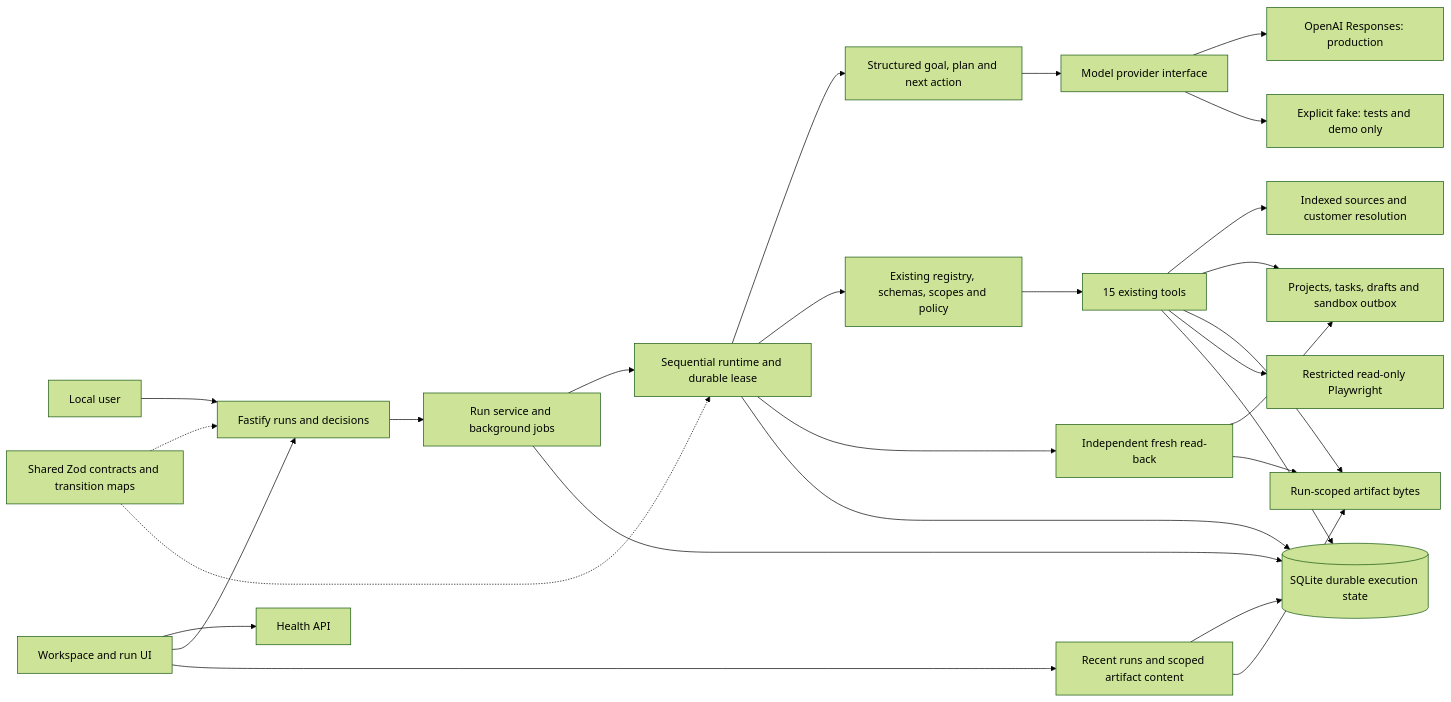
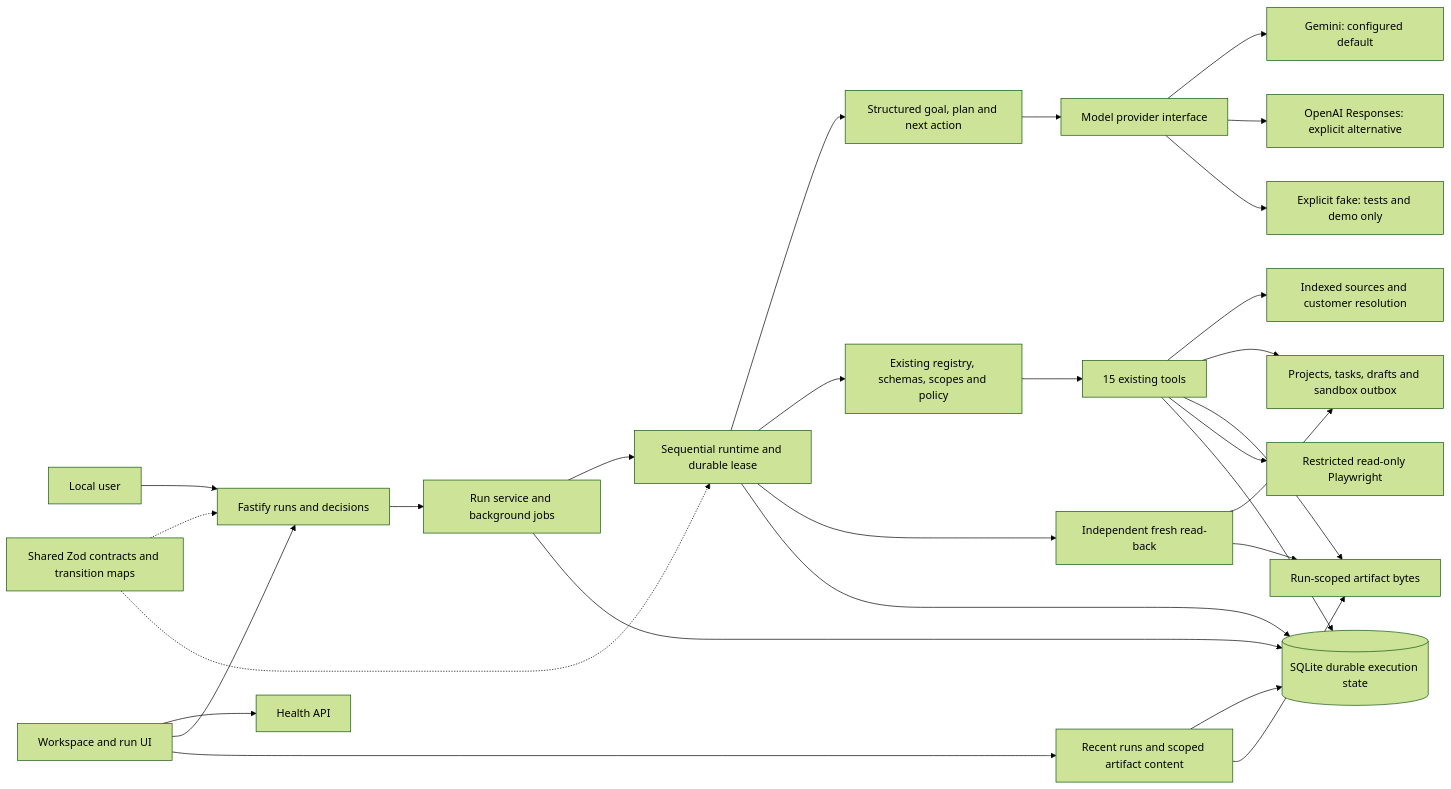
The diagram in docs/architecture.md (ad8ya089/centralign-operator), drawn with Mermaid (forest theme) before and after one commit. The commit also changed other lines of this file and 4 other files, not shown here.

````diff
--- a/docs/architecture.md
+++ b/docs/architecture.md
@@ -5,29 +5,30 @@
 ```mermaid
 flowchart LR
   User[Local user] --> API[Fastify runs and decisions]
   Web[Workspace and run UI] --> Health[Health API]
   Web --> API
   Web --> Reads[Recent runs and scoped artifact content]
   API --> Service[Run service and background jobs]
   Service --> Runtime[Sequential runtime and durable lease]
   Runtime --> Decisions[Structured goal, plan and next action]
   Decisions --> Provider[Model provider interface]
-  Provider --> OpenAI[OpenAI Responses: production]
+  Provider --> Gemini[Gemini: configured default]
+  Provider --> OpenAI[OpenAI Responses: explicit alternative]
   Provider --> Fake[Explicit fake: tests and demo only]
   Runtime --> Controls[Existing registry, schemas, scopes and policy]
   Controls --> Tools[15 existing tools]
   Tools --> Context[Indexed sources and customer resolution]
   Tools --> Business[Projects, tasks, drafts and sandbox outbox]
   Tools --> Files[Run-scoped artifact bytes]
   Reads --> DB
   Reads --> Files
   Tools --> Browser[Restricted read-only Playwright]
   Runtime --> Verify[Independent fresh read-back]
   Verify --> Business
   Verify --> Files
   Runtime --> DB[(SQLite durable execution state)]
   Tools --> DB
   Service --> DB
   Shared[Shared Zod contracts and transition maps] -.-> API
   Shared -.-> Runtime
 ```
````
